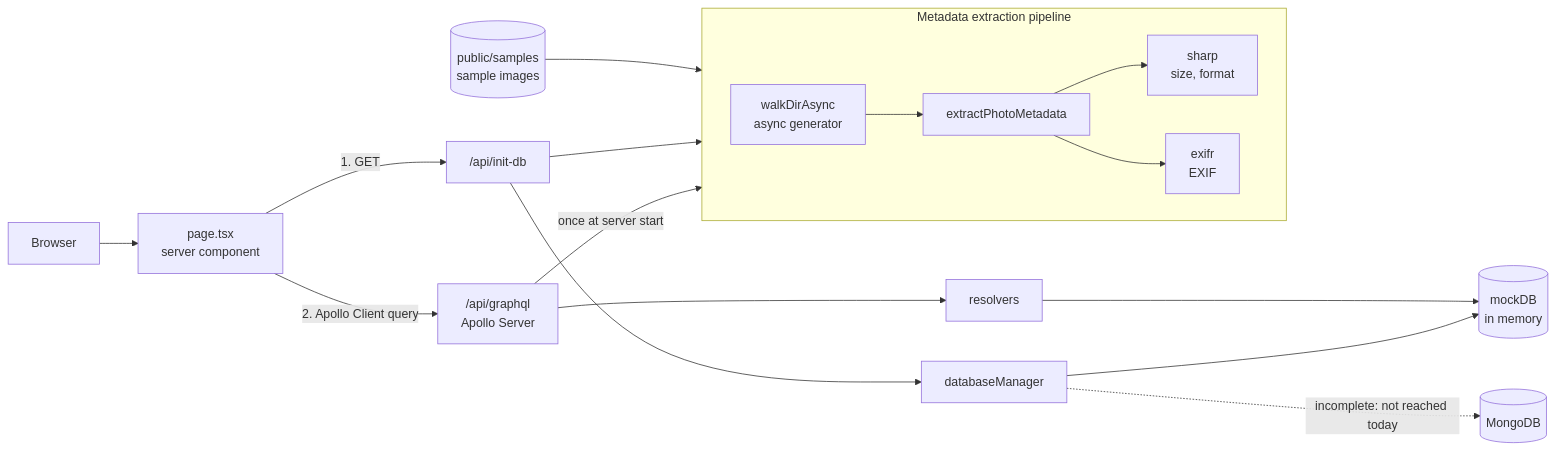
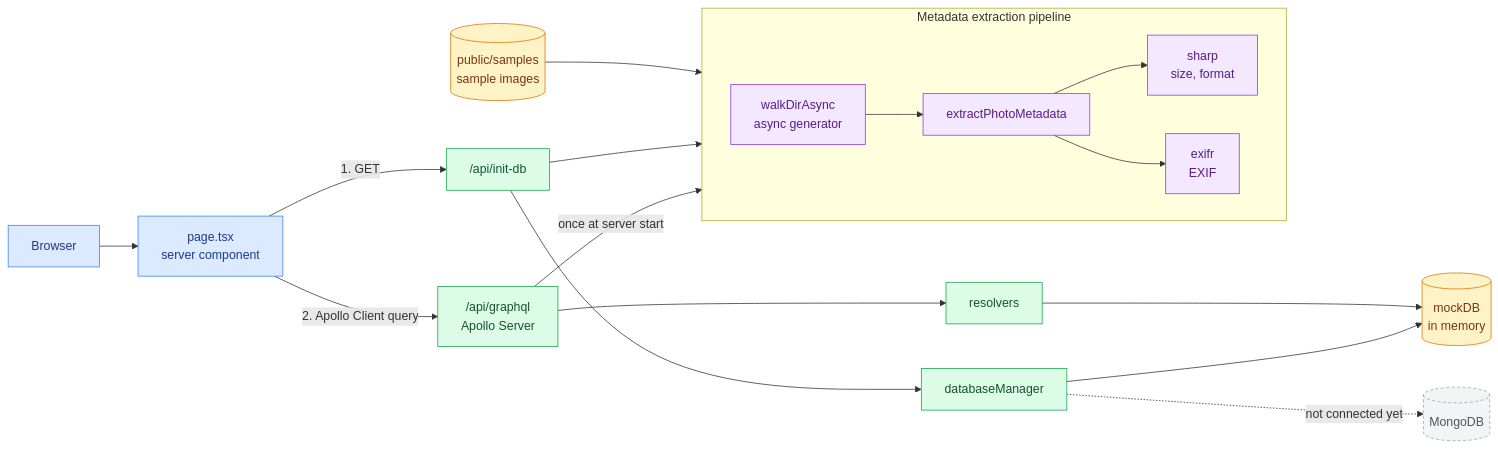
Before and after one commit to loquemedalagana/image-insight: the diagram in README.en.md, drawn with Mermaid. The commit also changed other lines of this file and 1 other file, not shown here.

Commit message:
- docs: add colors to architecture diagram and reword labels

````diff
--- a/README.en.md
+++ b/README.en.md
@@ -78,22 +78,34 @@
 ```mermaid
 flowchart LR
     B[Browser] --> P["page.tsx<br/>server component"]
     P -->|"1. GET"| I["/api/init-db"]
     P -->|"2. Apollo Client query"| G["/api/graphql<br/>Apollo Server"]
     G --> R[resolvers]
     R --> M[("mockDB<br/>in memory")]
     I --> DM[databaseManager]
     DM --> M
-    DM -.->|"incomplete: not reached today"| MG[("MongoDB")]
+    DM -.->|"not connected yet"| MG[("MongoDB")]
 
     subgraph EX["Metadata extraction pipeline"]
         direction LR
         W["walkDirAsync<br/>async generator"] --> E[extractPhotoMetadata]
         E --> S["sharp<br/>size, format"]
         E --> X["exifr<br/>EXIF"]
     end
 
     I --> EX
     G -->|"once at server start"| EX
     F[("public/samples<br/>sample images")] --> W
+
+    classDef client fill:#dbeafe,stroke:#3b82f6,color:#1e3a8a
+    classDef api fill:#dcfce7,stroke:#16a34a,color:#14532d
+    classDef store fill:#fef3c7,stroke:#d97706,color:#78350f
+    classDef pipe fill:#f3e8ff,stroke:#9333ea,color:#581c87
+    classDef planned fill:#f3f4f6,stroke:#9ca3af,color:#4b5563,stroke-dasharray:4 3
+
+    class B,P client
+    class I,G,R,DM api
+    class M,F store
+    class W,E,S,X pipe
+    class MG planned
 ```
````
